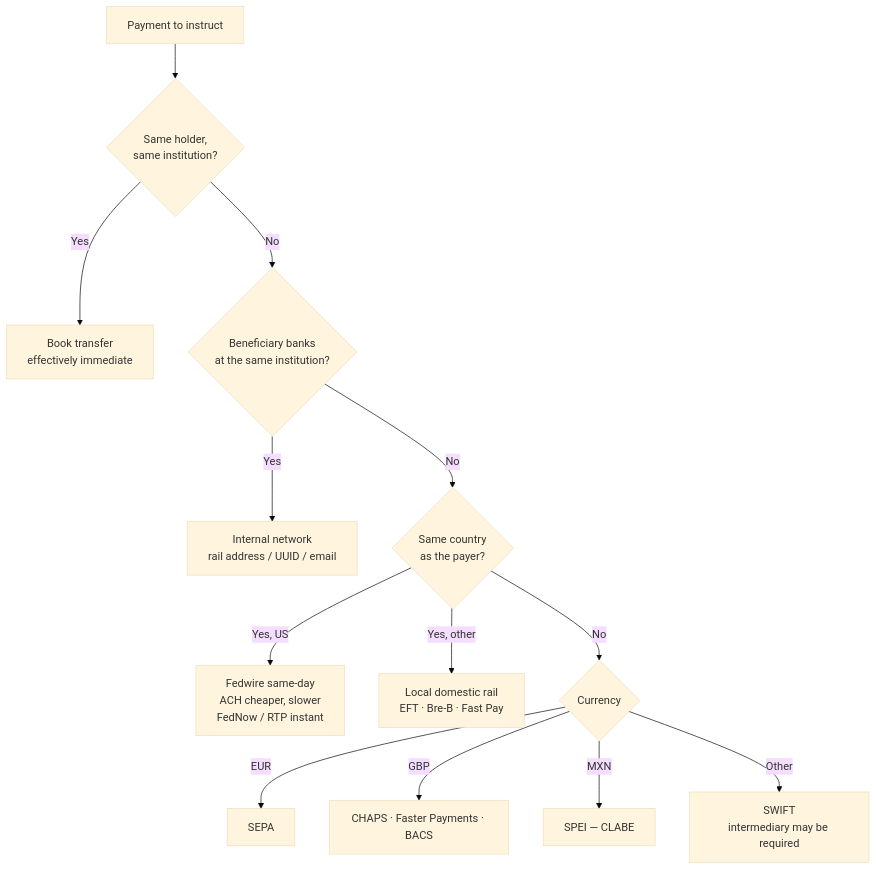
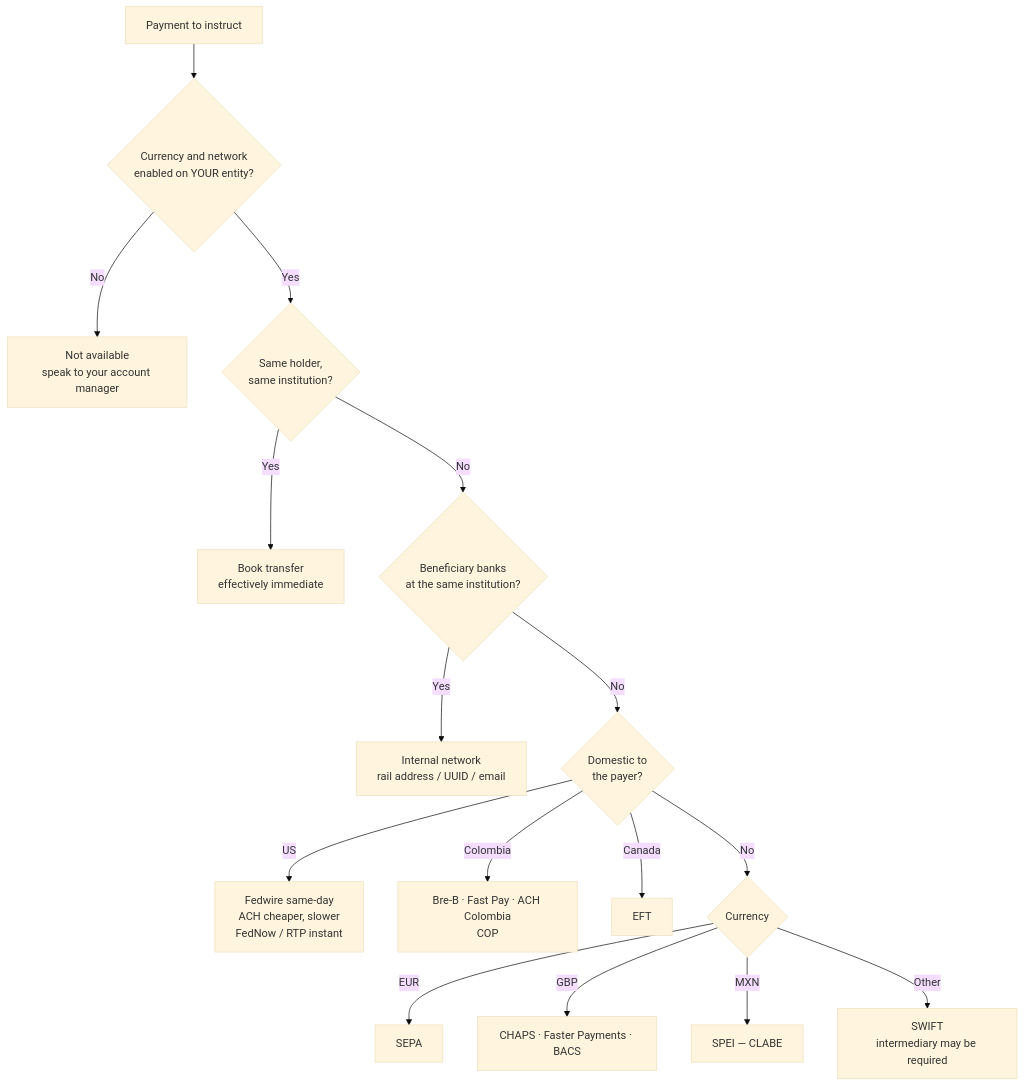
The diagram in guides/settlement/fiat.mdx (danielberz/trillion-digital-client-api-docs), drawn with Mermaid (base theme) before and after one commit. The commit also changed other lines of this file and 1 other file, not shown here.

````diff
--- a/guides/settlement/fiat.mdx
+++ b/guides/settlement/fiat.mdx
@@ -45,15 +45,18 @@
 ```mermaid
 flowchart TD
-    A[Payment to instruct] --> B{Same holder,<br/>same institution?}
+    S[Payment to instruct] --> Z{Currency and network<br/>enabled on YOUR entity?}
+    Z -->|No| Y[Not available<br/>speak to your account manager]
+    Z -->|Yes| B{Same holder,<br/>same institution?}
     B -->|Yes| C[Book transfer<br/>effectively immediate]
     B -->|No| D{Beneficiary banks<br/>at the same institution?}
     D -->|Yes| E[Internal network<br/>rail address / UUID / email]
-    D -->|No| F{Same country<br/>as the payer?}
-    F -->|Yes, US| G[Fedwire same-day<br/>ACH cheaper, slower<br/>FedNow / RTP instant]
-    F -->|Yes, other| H[Local domestic rail<br/>EFT · Bre-B · Fast Pay]
+    D -->|No| F{Domestic to<br/>the payer?}
+    F -->|US| G[Fedwire same-day<br/>ACH cheaper, slower<br/>FedNow / RTP instant]
+    F -->|Colombia| H1[Bre-B · Fast Pay · ACH Colombia<br/>COP]
+    F -->|Canada| H2[EFT]
     F -->|No| I{Currency}
     I -->|EUR| J[SEPA]
     I -->|GBP| K[CHAPS · Faster Payments · BACS]
     I -->|MXN| L[SPEI — CLABE]
     I -->|Other| M[SWIFT<br/>intermediary may be required]
 ```
````
